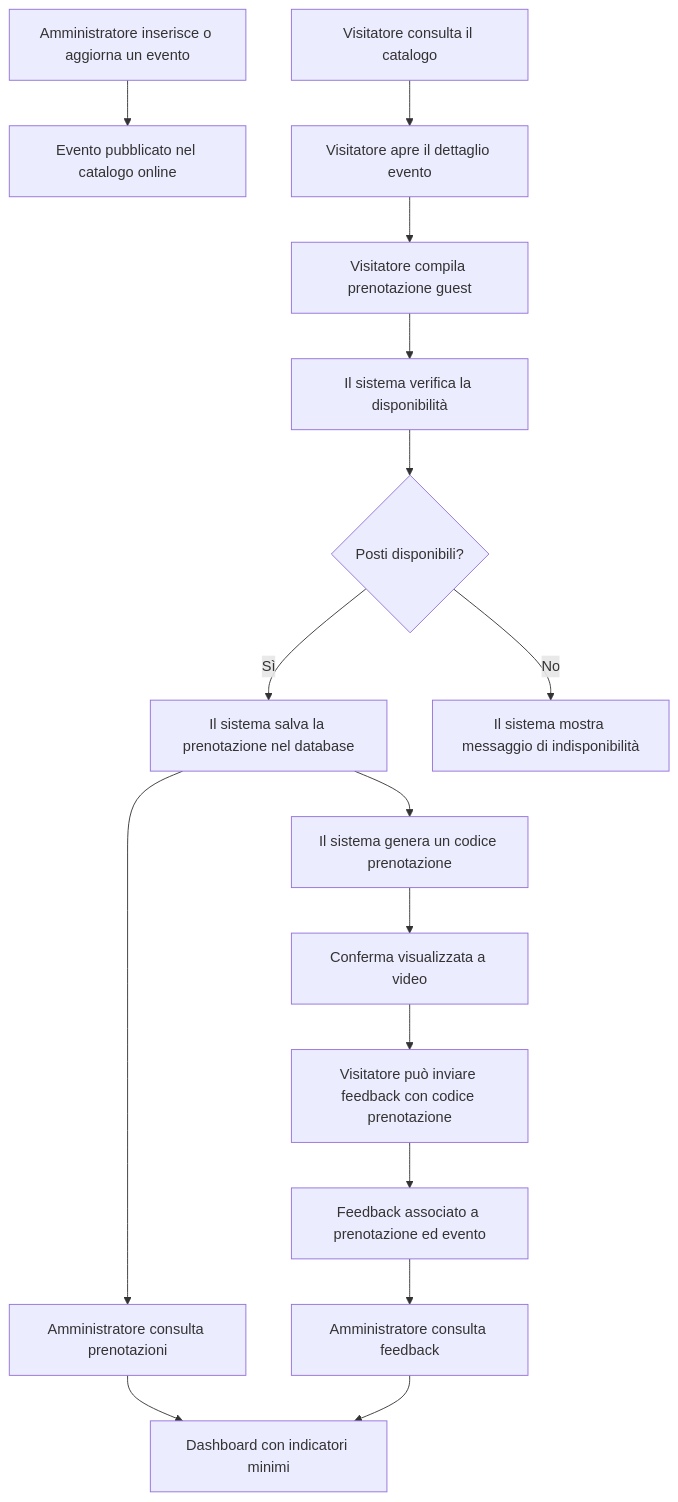
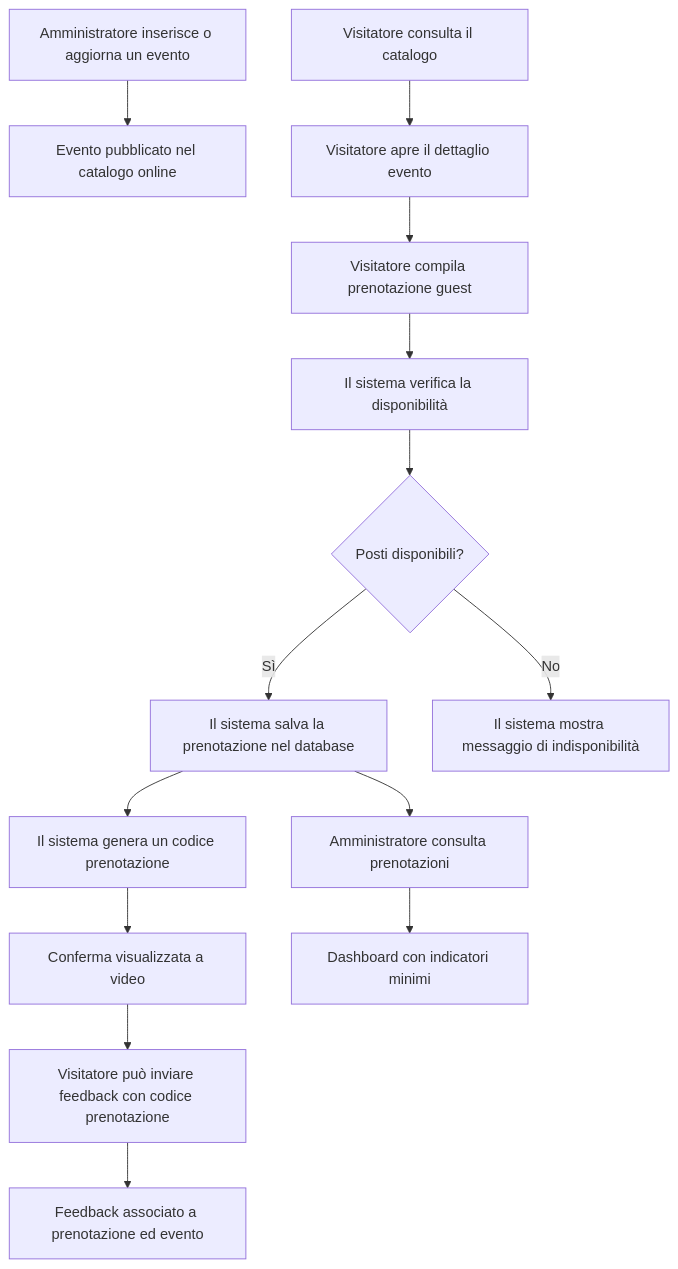
The diagram in docs/diagrams/processo-digitalizzato.md (RobertoCastelli/museo-hub), drawn with Mermaid before and after one commit. The commit also changed 21 other files, not shown here.

````diff
--- a/docs/diagrams/processo-digitalizzato.md
+++ b/docs/diagrams/processo-digitalizzato.md
@@ -8,23 +8,21 @@
 ```mermaid
 flowchart TD
     A[Amministratore inserisce o aggiorna un evento] --> B[Evento pubblicato nel catalogo online]
 
     C[Visitatore consulta il catalogo] --> D[Visitatore apre il dettaglio evento]
     D --> E[Visitatore compila prenotazione guest]
     E --> F[Il sistema verifica la disponibilità]
     F --> G{Posti disponibili?}
 
     G -->|Sì| H[Il sistema salva la prenotazione nel database]
     H --> I[Il sistema genera un codice prenotazione]
     I --> J[Conferma visualizzata a video]
 
     G -->|No| K[Il sistema mostra messaggio di indisponibilità]
 
     J --> L[Visitatore può inviare feedback con codice prenotazione]
     L --> M[Feedback associato a prenotazione ed evento]
 
     H --> N[Amministratore consulta prenotazioni]
-    M --> O[Amministratore consulta feedback]
     N --> P[Dashboard con indicatori minimi]
-    O --> P
 ```
````
